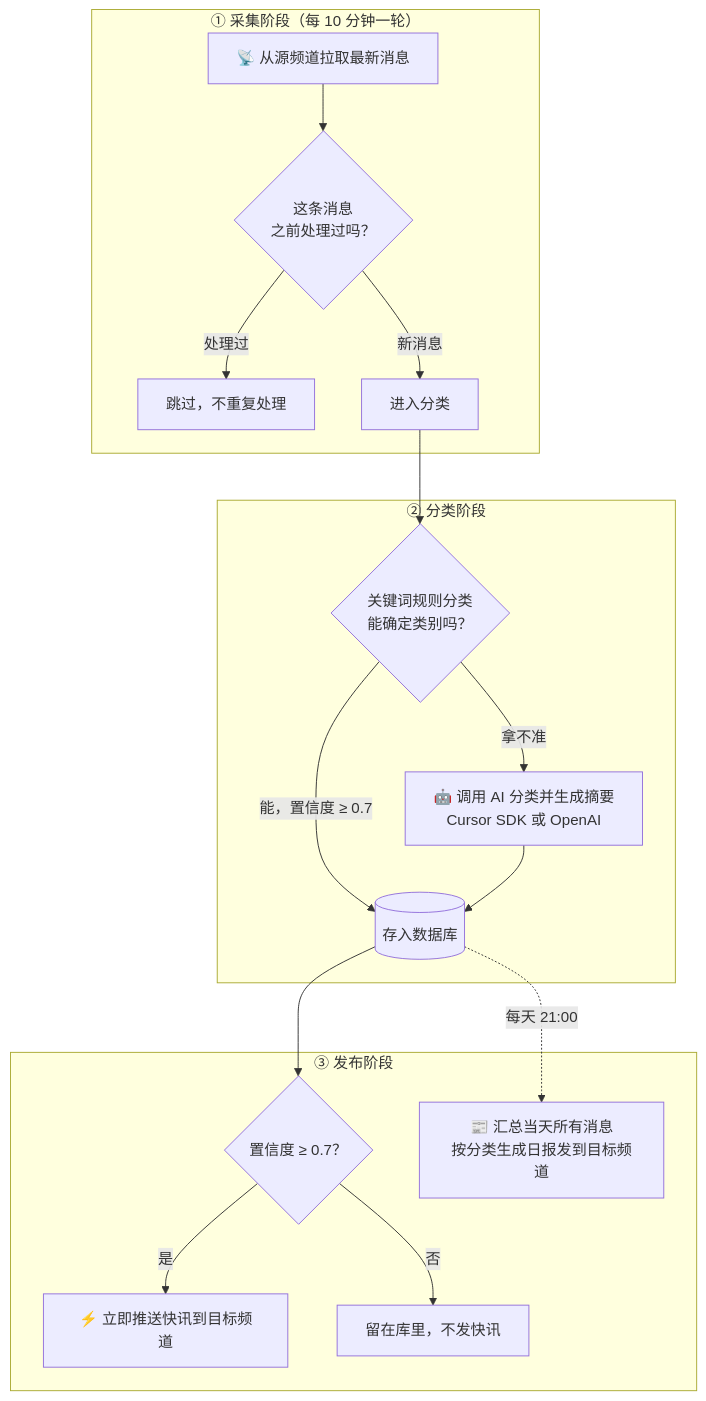
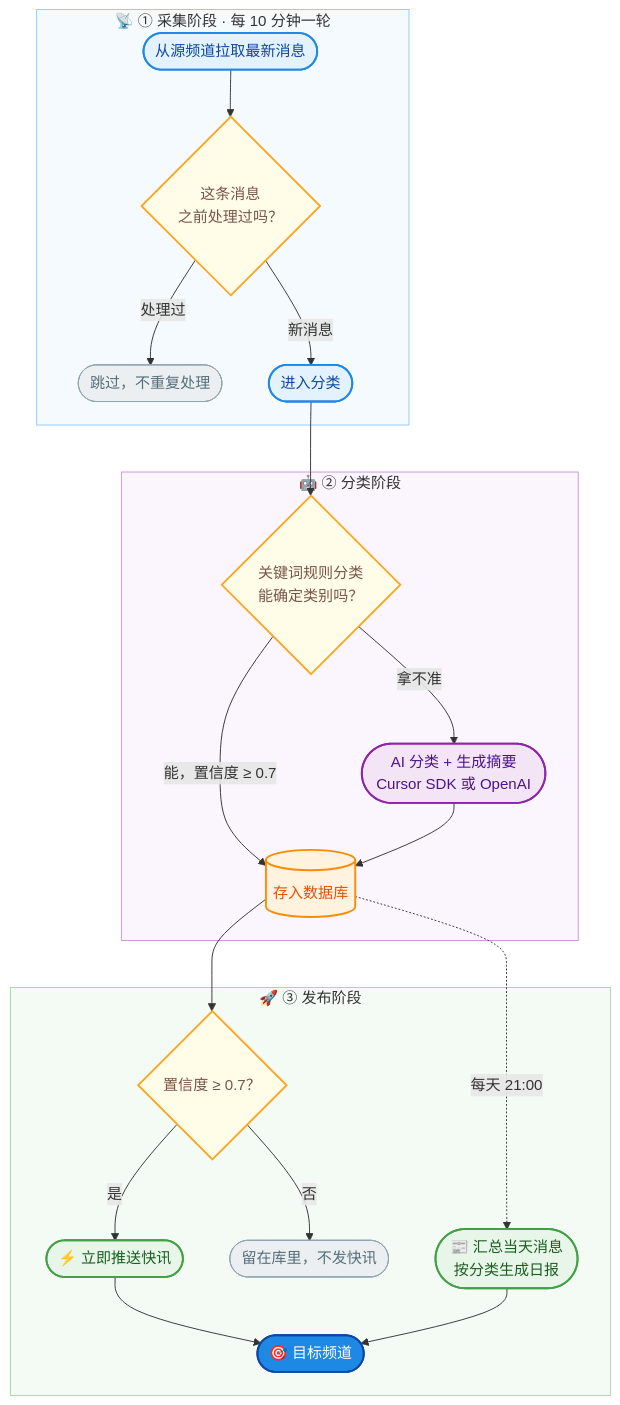
One commit to WoYinDao/Tgnewsbot-octo-umbrella changed the diagram in README.md. Above: the diagram before and after it, drawn with Mermaid.

Commit message:
docs: 美化工作流程图，分阶段配色 + 圆角节点

````diff
--- a/README.md
+++ b/README.md
@@ -36,22 +36,44 @@
 ```mermaid
 flowchart TD
-    subgraph S1[① 采集阶段（每 10 分钟一轮）]
-        A[📡 从源频道拉取最新消息] --> B{这条消息<br/>之前处理过吗？}
-        B -->|处理过| SKIP[跳过，不重复处理]
-        B -->|新消息| C[进入分类]
+    subgraph S1["📡 ① 采集阶段 · 每 10 分钟一轮"]
+        A([从源频道拉取最新消息]) --> B{这条消息<br/>之前处理过吗？}
+        B -->|处理过| SKIP([跳过，不重复处理])
+        B -->|新消息| C([进入分类])
     end
 
-    subgraph S2[② 分类阶段]
+    subgraph S2["🤖 ② 分类阶段"]
         C --> D{关键词规则分类<br/>能确定类别吗？}
         D -->|能，置信度 ≥ 0.7| F[(存入数据库)]
-        D -->|拿不准| E[🤖 调用 AI 分类并生成摘要<br/>Cursor SDK 或 OpenAI]
+        D -->|拿不准| E([AI 分类 + 生成摘要<br/>Cursor SDK 或 OpenAI])
         E --> F
     end
 
-    subgraph S3[③ 发布阶段]
+    subgraph S3["🚀 ③ 发布阶段"]
         F --> G{置信度 ≥ 0.7？}
-        G -->|是| H[⚡ 立即推送快讯到目标频道]
-        G -->|否| I[留在库里，不发快讯]
-        F -.每天 21:00.-> J[📰 汇总当天所有消息<br/>按分类生成日报发到目标频道]
+        G -->|是| H([⚡ 立即推送快讯])
+        G -->|否| I([留在库里，不发快讯])
+        F -.每天 21:00.-> J([📰 汇总当天消息<br/>按分类生成日报])
+        H --> K([🎯 目标频道])
+        J --> K
     end
+
+    classDef collect fill:#E3F2FD,stroke:#1E88E5,stroke-width:2px,color:#0D47A1
+    classDef decision fill:#FFFDE7,stroke:#F9A825,stroke-width:2px,color:#795548
+    classDef ai fill:#F3E5F5,stroke:#8E24AA,stroke-width:2px,color:#4A148C
+    classDef db fill:#FFF3E0,stroke:#FB8C00,stroke-width:2px,color:#E65100
+    classDef pub fill:#E8F5E9,stroke:#43A047,stroke-width:2px,color:#1B5E20
+    classDef muted fill:#ECEFF1,stroke:#90A4AE,stroke-width:1px,color:#546E7A
+    classDef target fill:#1E88E5,stroke:#0D47A1,stroke-width:2px,color:#FFFFFF
+
+    class A,C collect
+    class B,D,G decision
+    class E ai
+    class F db
+    class H,J pub
+    class SKIP,I muted
+    class K target
+
+    style S1 fill:#F5FAFF,stroke:#90CAF9,stroke-width:1px
+    style S2 fill:#FBF5FD,stroke:#CE93D8,stroke-width:1px
+    style S3 fill:#F4FBF5,stroke:#A5D6A7,stroke-width:1px
 ```
````
